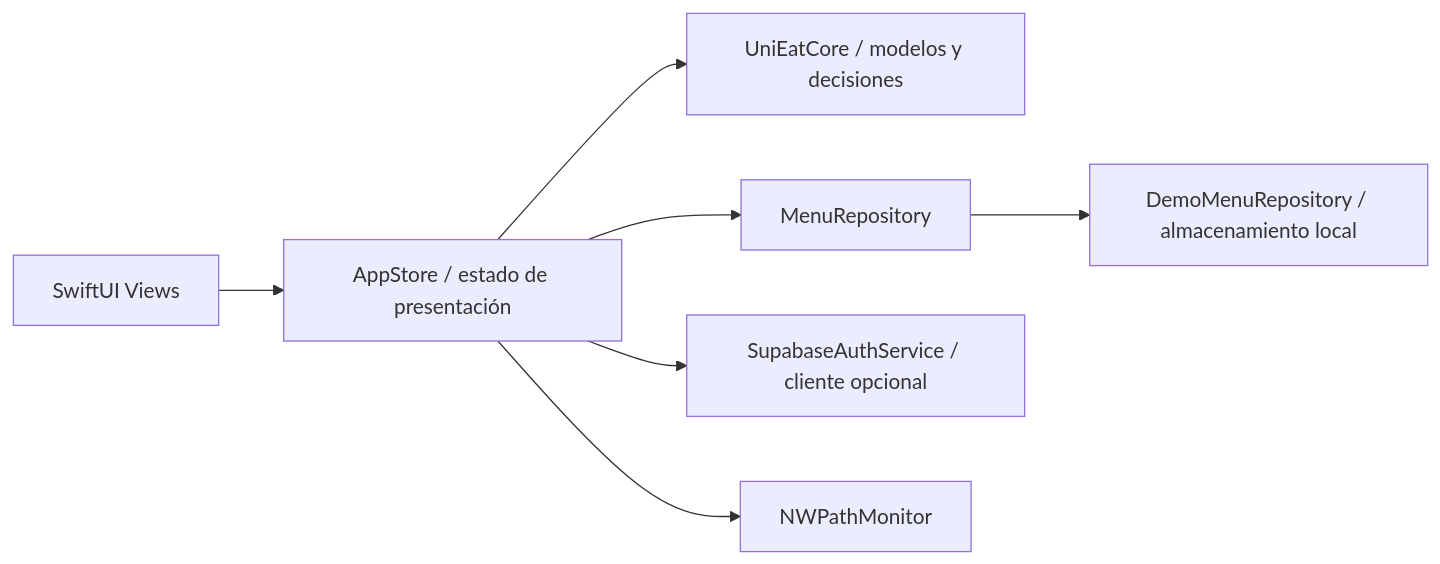
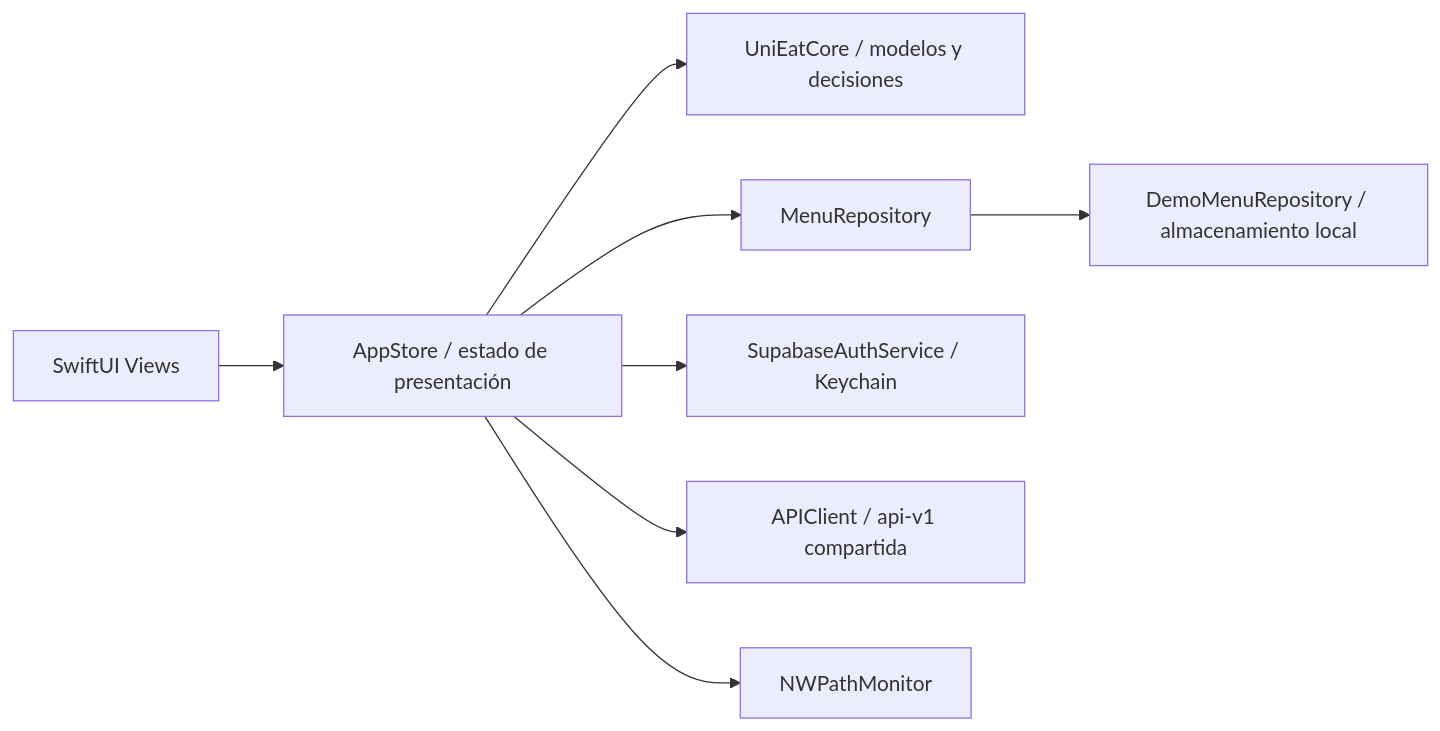
One commit to k-alvarezr/UniEat---iOS changed the diagram in README.md. Above: the diagram before and after it, drawn with Mermaid. The commit also changed other lines of this file, not shown here.

````diff
--- a/README.md
+++ b/README.md
@@ -50,9 +50,10 @@
 ```mermaid
 flowchart LR
     UI[SwiftUI Views] --> VM[AppStore / estado de presentación]
     VM --> Core[UniEatCore / modelos y decisiones]
     VM --> Repo[MenuRepository]
     Repo --> Demo[DemoMenuRepository / almacenamiento local]
-    VM --> Auth[SupabaseAuthService / cliente opcional]
+    VM --> Auth[SupabaseAuthService / Keychain]
+    VM --> API[APIClient / api-v1 compartida]
     VM --> Network[NWPathMonitor]
 ```
````
